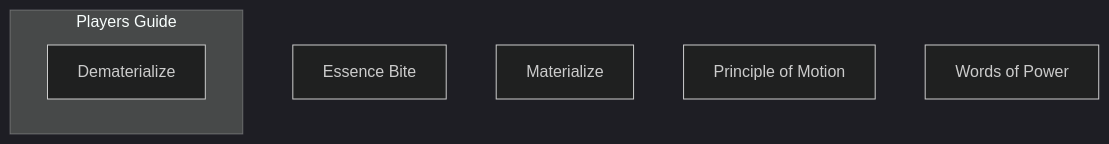
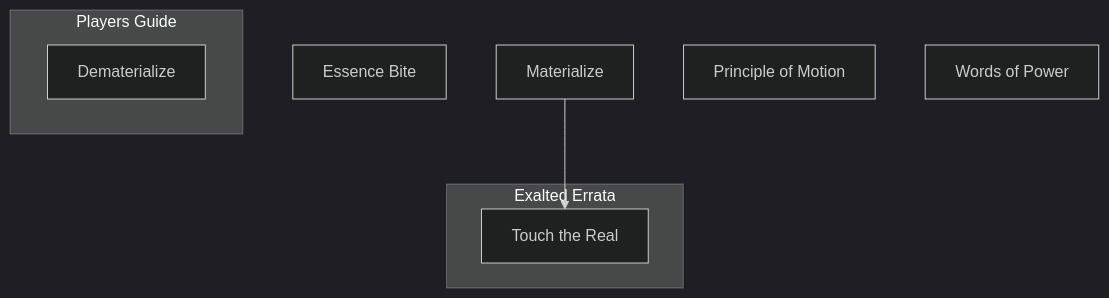
Before and after one commit to jrobichaud/exalted-charms-1e: the diagram in docs/mermaid/spirits/valor_1.mmd, drawn with Mermaid.

Commit message:
add main rulebook errata's spirit charm

```diff
--- a/docs/mermaid/spirits/valor_1.mmd
+++ b/docs/mermaid/spirits/valor_1.mmd
@@ -1,174 +1,195 @@
 ---
 config:
   theme: dark
 ---
 flowchart TD
 
     essence_bite[Essence Bite]
     click essence_bite callback "
         Essence Bite<br>
         <br>
         Cost: 3 motes<br>
         Duration: One scene<br>
         Type: Simple<br>
         Minimum Valor: 3<br>
         Minimum Essence: 2<br>
         Prerequisite Charms: None<br>
         <br>
         The spirit must touch its target for this Charm to
         work, requiring a successful Dexterity + Brawl or Martial
         Arts roll. If the touch attempt is successful, make a
         reflexive Valor + Essence roll for the spirit. For every
         success on the attack, the spirit does a point of lethal
         damage. The character's armor soak applies as normal to
         this damage, and extra successes on the attack roll add to
         damage as usual.<br>
         This Charm may rely on heat, cold, life-draining or
         any number of other mechanisms to do damage —
         almost all have secondary effects that the spirit can
         manipulate to its advantage. For example, a ghost that
         can start fires with its fiery touch can burn down a barn
         with this Charm.
         "
 
     materialize[Materialize]
     click materialize callback "
         Materialize<br>
         <br>
         Cost: Varies<br>
         Duration: Indefinite<br>
         Type: Simple<br>
         Minimum Valor: 2<br>
         Minimum Essence: 2<br>
         Prerequisite Charms: None<br>
         <br>
         Through the use of this Charm, the spirit can materialize
         in the physical world. The cost of this Charm is between 50
         percent and 100 percent of the spirit's temporary Essence.
         The cost varies from spirit to spirit and is listed in the spirit's
         description or assigned by the Storyteller. Generally, as the
         power of the spirit grows, the spirit must expend proportionally
         greater amounts of Essence to materialize.
         In most cases, a spirit that plans to meddle in mortal
         affairs will materialize in some safe area and then rest,
         regaining its Essence, before it goes about its business. Spirits
         that have not materialized cannot affect the physical world, not
         with Charms, physical attacks or in any other fashion.
         "
 
     principle_of_motion[Principle of Motion]
     click principle_of_motion callback "
         Principle of Motion<br>
         <br>
         Cost: 5 motes, 1 Willpower<br>
         Duration: Until used<br>
         Type: Extra Action<br>
         Minimum Valor: 2<br>
         Minimum Essence: 2<br>
         Prerequisite Charms: None<br>
         <br>
         When the spirit uses this Charm, it gains a pool of extra
         actions equal to its Valor. Actions in this pool can be expended
         for extra attacks on the spirit's initiative or reflexively, to parry or
         dodge an attack or to refresh the spirit's Dodge pool when using
         the full dodge maneuver. If the spirit does not use all the actions
         in its pool, they remain available for it in the following turn.
         Actions in the pool will persist for many months, and many spirits
         make sure they retain a full complement of actions in case they
         are ambushed. A spirit cannot use this Charm again until it has
         used up all the extra actions granted by the last use of the Charm.
         While the spirit has extra actions in its pool, the motes of Essence
         used to power this Charm are considered committed.
         "
 
     words_of_power[Words of Power]
     click words_of_power callback "
         Words of Power<br>
         <br>
         Cost: 3 motes<br>
         Duration: One scene<br>
         Type: Simple<br>
         Minimum Valor: 2<br>
         Minimum Essence: 2<br>
         Prerequisite Charms: None<br>
         <br>
         The spirit may intone blasphemies, keen out the lamentations
         of the dead or speak the victim's true name, but
         regardless, its words are like a battering ram. The spirit attacks
         using Charisma + Valor to hit the opponent and does bashing
         damage equal to the spirit's Strength, which can be soaked
         only by the target's Stamina. Extra successes on the attack add
         to damage, as usual. For every health level of damage the
         target takes, he is at a - 1 penalty to all dice pools for a number
         of turns equal to the attacking spirit's Essence.
         This attack may be dodged or blocked as normal but
         has no physical effects except perhaps causing blood to
         flow from the target's ears or hurling him bodily through
         light obstructions.
         "
 
     subgraph Players Guide
         dematerialize[Dematerialize]
         click dematerialize callback "
             Dematerialize<br>
             <br>
             Cost: Varies<br>
             Duration: Indefinite<br>
             Type: Simple<br>
             inimum Valor: 2<br>
             inimum Essence: 2<br>
             Prerequisite Charms: None<br>
             <br>
             Through the use of this Charm, an elemental may
             transmute its flesh and personal belongings into spiritual
             Essence, thereby assuming an incorporeal state. Dematerialized
             elementals may perceive and interact with other
             incorporeal beings as if both were solid, either magically or
             with touch. However, immaterial beings are utterly undetectable
             to physical beings and cannot directly affect the physical
             world in any way without Charms or other powers intended
             for such use (such as Possession, Will-o-Wisp etc.).
             Dematerialized elementals with Essence 2+ can spend
             1 mote to manifest for a scene as a translucent phantom of
             themselves and speak in a quiet voice or whisper, exactly
             as normally immaterial spirits can do as an innate ability.
             As always, the Storyteller remains the final arbiter of
             whether a particular power may affect the physical world
             from a dematerialized state. This lack of physical interac-
             tion also allows an incorporeal elemental to effortlessly
             pass through solid walls and other material obstructions,
             though appropriate magical wards can still bar their path
             The cost of this Charm is normally between 50
             percent and 100 percent of the elemental's total
             available Essence pool. For elementals without a
             listed cost to dematerialize, the percentage cost of
             total Essence they must expend equals their (Essence
             rating x 5) + 45, rounded up. For example, a spirit
             with Essence 2 and an available pool of 48 motes pays
             27 motes (55 percent).<br>
             Eclipse Caste Solars and Moonshadow Caste Abyssals
             who learn this Charm also calculate their cost according to
             the preceding formula without applying the usual double
             cost modifier for learning spirit Charms, determining the
             value according to a percentage of their total Essence pool
             (Personal + Peripheral). The half-spirit descendents of
             gods, elementals and demons do not pay a percentage of
             their total pool, instead paying a cost of their (Essence
             rating x 5) + 5 motes.<br>
             Unlike other Charms of non-instant duration, De-
             materialize does not require that elementals commit the
             Essence cost to sustain the magic. However, beings that
             normally exist in a material state cannot regain Essence
             through respiration while Dematerialized (and vice versa
             for immaterial spirits who materialize). Instead of com-
             mitting Essence, beings using this Charm must pay half
             the normal cost each day at sunrise as a reflexive upkeep,
             rounded up. Failure to pay this upkeep immediately ends
             the effects of the Charm. Otherwise, characters must
             spend a dice action reverting back to their natural state,
             though success is automatic.<br>
             The rules printed here expand upon and supersede
             those for the Materialize Charm in Exalted and apply in
             reverse for that Charm.
             "
     end
+
+
+    subgraph Exalted Errata
+        touch_the_real["Touch the Real"]
+        click touch_the_real callback "
+            Touch the Real<br>
+            <br>
+            Cost: 10 motes, 1 Willpower<br>
+            Duration: One scene<br>
+            Type: Simple<br>
+            Minimum Valor: 3<br>
+            Minimum Essence: 3<br>
+            Prerequisite Charms: Materialize<br>
+            <br>
+            For the remainder of the Scene, a dematerialized spirit
+            can use Charms to affect materialized targets. This
+            Charm is rare and coveted by spirits, for obvious reasons.
+        "
+    end
+
+    materialize --> touch_the_real
```
